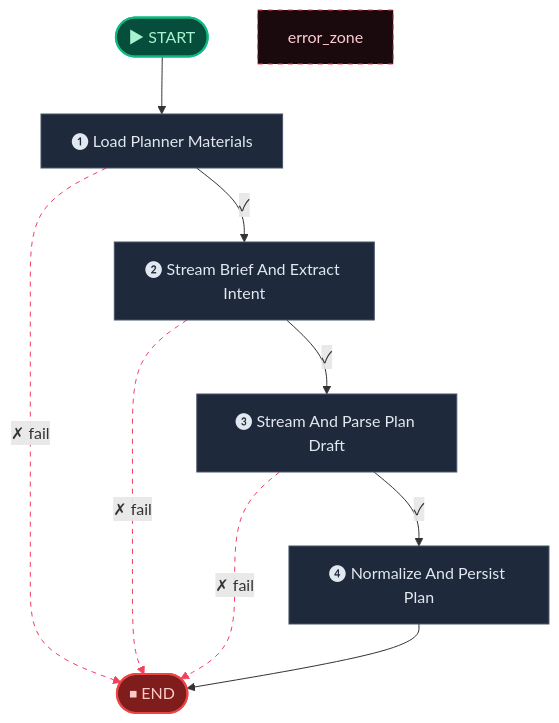
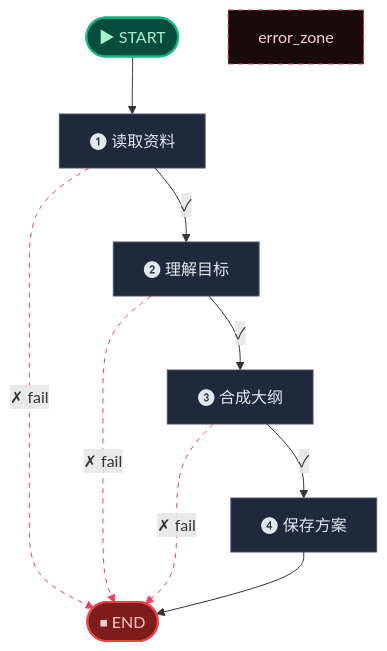
One commit to aiteachme/AITeachMe changed the first of 3 diagrams in backend/scripts/.generated_workflow_diagrams/digest.md. Above: the diagram before and after it, drawn with Mermaid. The commit also changed other lines of this file and 21 other files, not shown here.

````diff
--- a/backend/scripts/.generated_workflow_diagrams/digest.md
+++ b/backend/scripts/.generated_workflow_diagrams/digest.md
@@ -21,29 +19,29 @@
 ```mermaid
 flowchart TD
     __start__(["▶ START"])
-    load_planner_materials["❶ Load Planner Materials"]
-    stream_brief_and_extract_intent["❷ Stream Brief And Extract Intent"]
-    stream_and_parse_plan_draft["❸ Stream And Parse Plan Draft"]
-    normalize_and_persist_plan["❹ Normalize And Persist Plan"]
+    读取资料["❶ 读取资料"]
+    理解目标["❷ 理解目标"]
+    合成大纲["❸ 合成大纲"]
+    保存方案["❹ 保存方案"]
     __end__(["⏹ END"])
 
-    __start__ --> load_planner_materials
-    load_planner_materials -. "✗ fail" .-> __end__
-    load_planner_materials -->|"✓"| stream_brief_and_extract_intent
-    stream_and_parse_plan_draft -. "✗ fail" .-> __end__
-    stream_and_parse_plan_draft -->|"✓"| normalize_and_persist_plan
-    stream_brief_and_extract_intent -. "✗ fail" .-> __end__
-    stream_brief_and_extract_intent -->|"✓"| stream_and_parse_plan_draft
-    normalize_and_persist_plan --> __end__
+    __start__ --> 读取资料
+    合成大纲 -. "✗ fail" .-> __end__
+    合成大纲 -->|"✓"| 保存方案
+    理解目标 -. "✗ fail" .-> __end__
+    理解目标 -->|"✓"| 合成大纲
+    读取资料 -. "✗ fail" .-> __end__
+    读取资料 -->|"✓"| 理解目标
+    保存方案 --> __end__
 
     %% ── Styling ──
     classDef startCls fill:#064e3b,stroke:#10b981,stroke-width:2px,color:#a7f3d0
     classDef endCls fill:#7f1d1d,stroke:#ef4444,stroke-width:2px,color:#fecaca
     classDef failCls fill:#4c0519,stroke:#f43f5e,stroke-width:2px,color:#fecdd3
     classDef termCls fill:#1e3a5f,stroke:#3b82f6,stroke-width:2px,color:#93c5fd
     classDef default fill:#1e293b,stroke:#475569,stroke-width:1px,color:#e2e8f0
     style error_zone fill:#1a0a0e,stroke:#f43f5e,stroke-width:1px,color:#fecdd3,stroke-dasharray:5
     class __start__ startCls
     class __end__ endCls
     linkStyle 1,3,5 stroke:#f43f5e,stroke-dasharray:5
 ```
````
